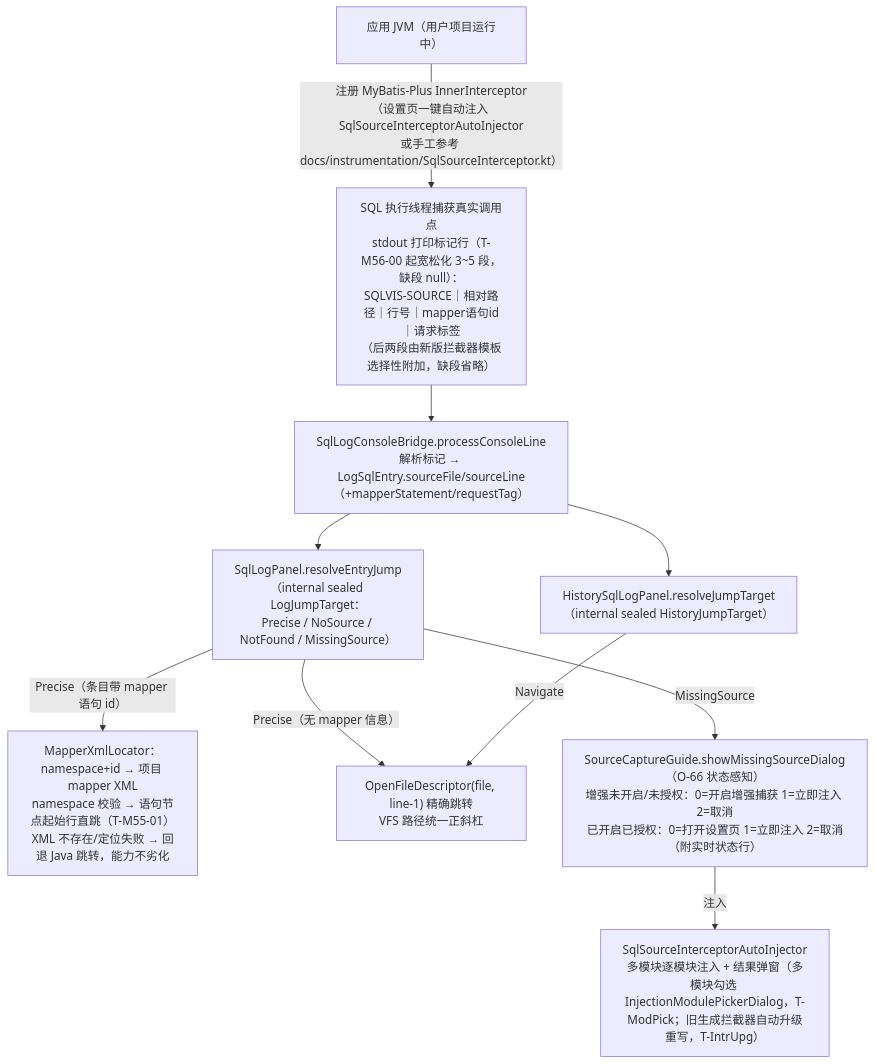
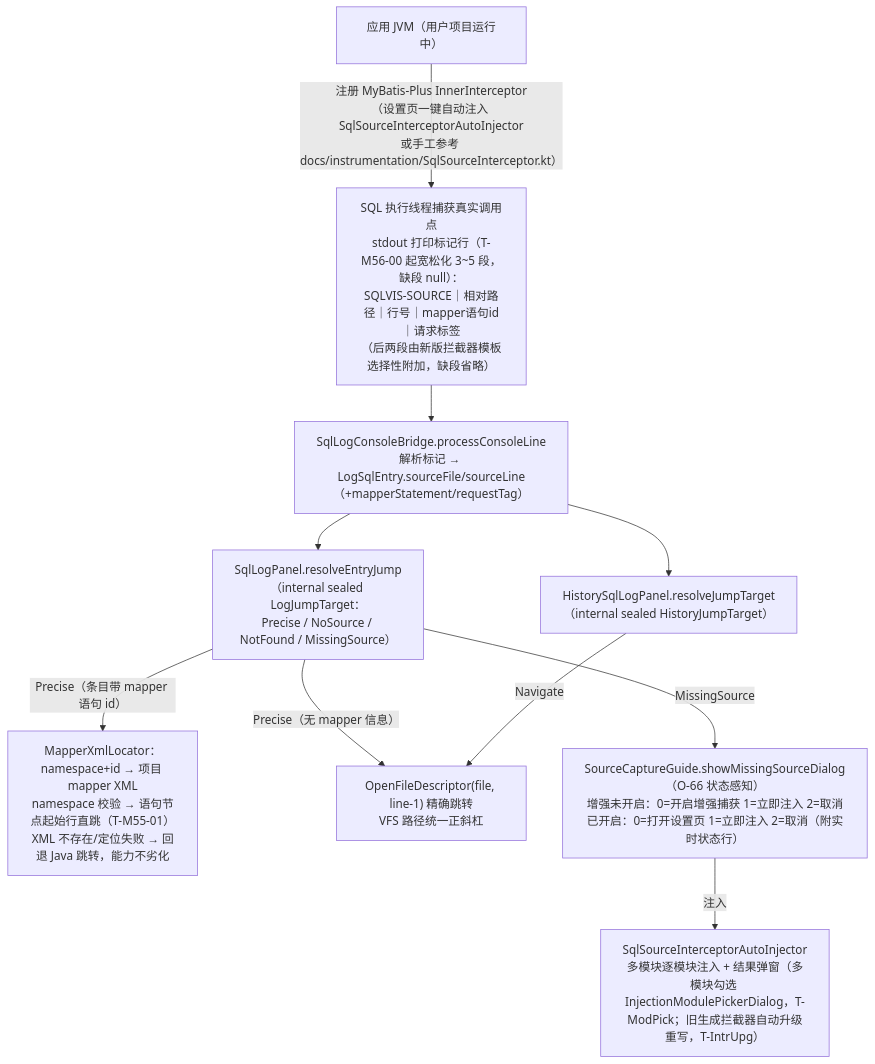
One commit to JayF211/mybatis-plus-sql-visualizer changed diagram 12 of 17 in docs/架构设计/02-核心流程详解.md. Above: the diagram before and after it, drawn with Mermaid. The commit also changed other lines of this file and 42 other files, not shown here.

````diff
--- a/docs/架构设计/02-核心流程详解.md
+++ b/docs/架构设计/02-核心流程详解.md
@@ -523,12 +523,12 @@
 ```mermaid
 flowchart TD
     APP["应用 JVM（用户项目运行中）"] -->|"注册 MyBatis-Plus InnerInterceptor<br/>（设置页一键自动注入 SqlSourceInterceptorAutoInjector<br/>或手工参考 docs/instrumentation/SqlSourceInterceptor.kt）"| MARK["SQL 执行线程捕获真实调用点<br/>stdout 打印标记行（T-M56-00 起宽松化 3~5 段，缺段 null）：<br/>SQLVIS-SOURCE｜相对路径｜行号｜mapper语句id｜请求标签<br/>（后两段由新版拦截器模板选择性附加，缺段省略）"]
     MARK --> BRIDGE["SqlLogConsoleBridge.processConsoleLine<br/>解析标记 → LogSqlEntry.sourceFile/sourceLine<br/>（+mapperStatement/requestTag）"]
     BRIDGE --> P1["SqlLogPanel.resolveEntryJump（internal sealed LogJumpTarget：<br/>Precise / NoSource / NotFound / MissingSource）"]
     BRIDGE --> H1["HistorySqlLogPanel.resolveJumpTarget（internal sealed HistoryJumpTarget）"]
     P1 -->|"Precise（条目带 mapper 语句 id）"| X["MapperXmlLocator：namespace+id → 项目 mapper XML<br/>namespace 校验 → 语句节点起始行直跳（T-M55-01）<br/>XML 不存在/定位失败 → 回退 Java 跳转，能力不劣化"]
     P1 -->|"Precise（无 mapper 信息）"| J["OpenFileDescriptor(file, line-1) 精确跳转<br/>VFS 路径统一正斜杠"]
     H1 -->|"Navigate"| J
-    P1 -->|"MissingSource"| G["SourceCaptureGuide.showMissingSourceDialog（O-66 状态感知）<br/>增强未开启/未授权：0=开启增强捕获 1=立即注入 2=取消<br/>已开启已授权：0=打开设置页 1=立即注入 2=取消（附实时状态行）"]
+    P1 -->|"MissingSource"| G["SourceCaptureGuide.showMissingSourceDialog（O-66 状态感知）<br/>增强未开启：0=开启增强捕获 1=立即注入 2=取消<br/>已开启：0=打开设置页 1=立即注入 2=取消（附实时状态行）"]
     G -->|"注入"| INJ["SqlSourceInterceptorAutoInjector<br/>多模块逐模块注入 + 结果弹窗（多模块勾选 InjectionModulePickerDialog，T-ModPick；旧生成拦截器自动升级重写，T-IntrUpg）"]
 ```
````
